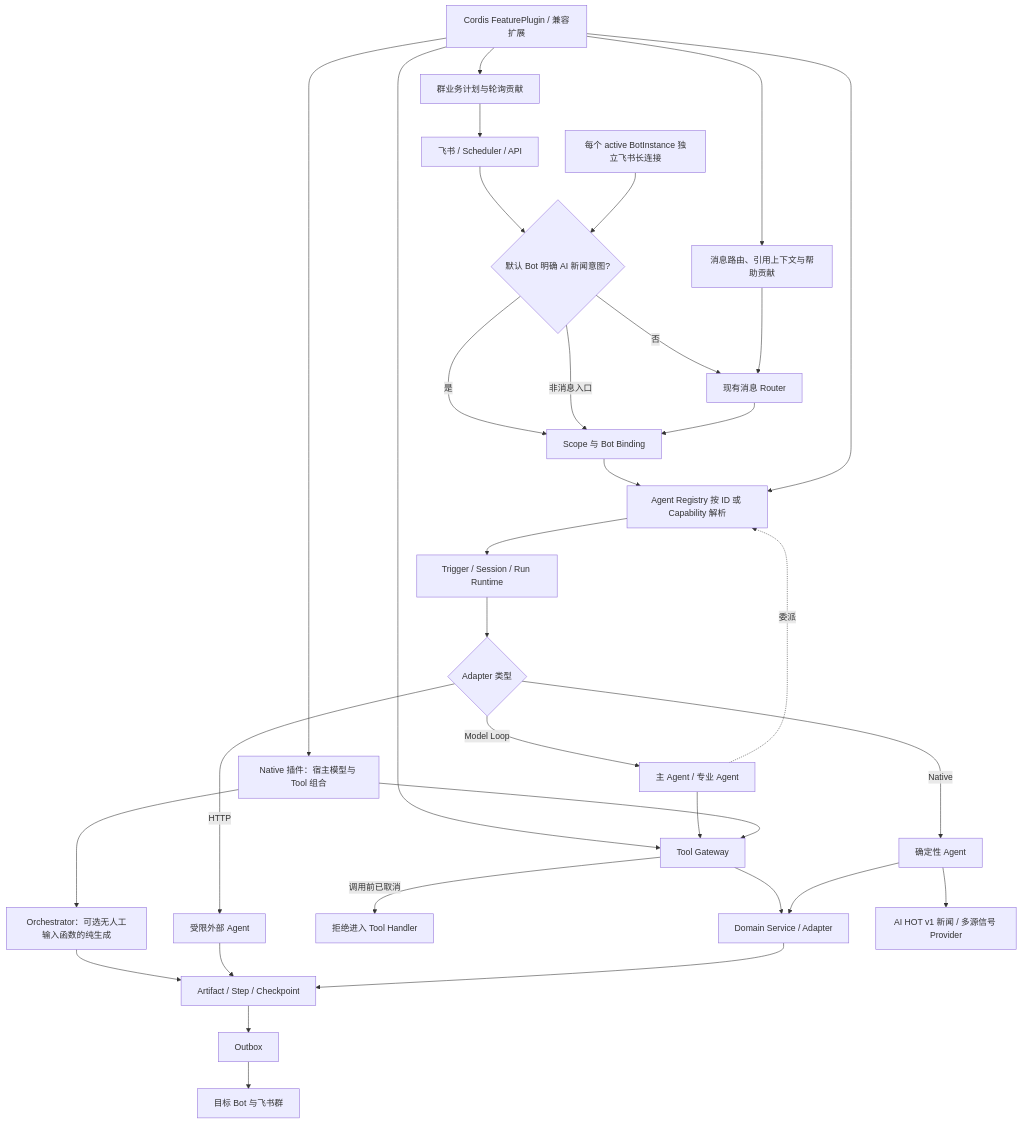
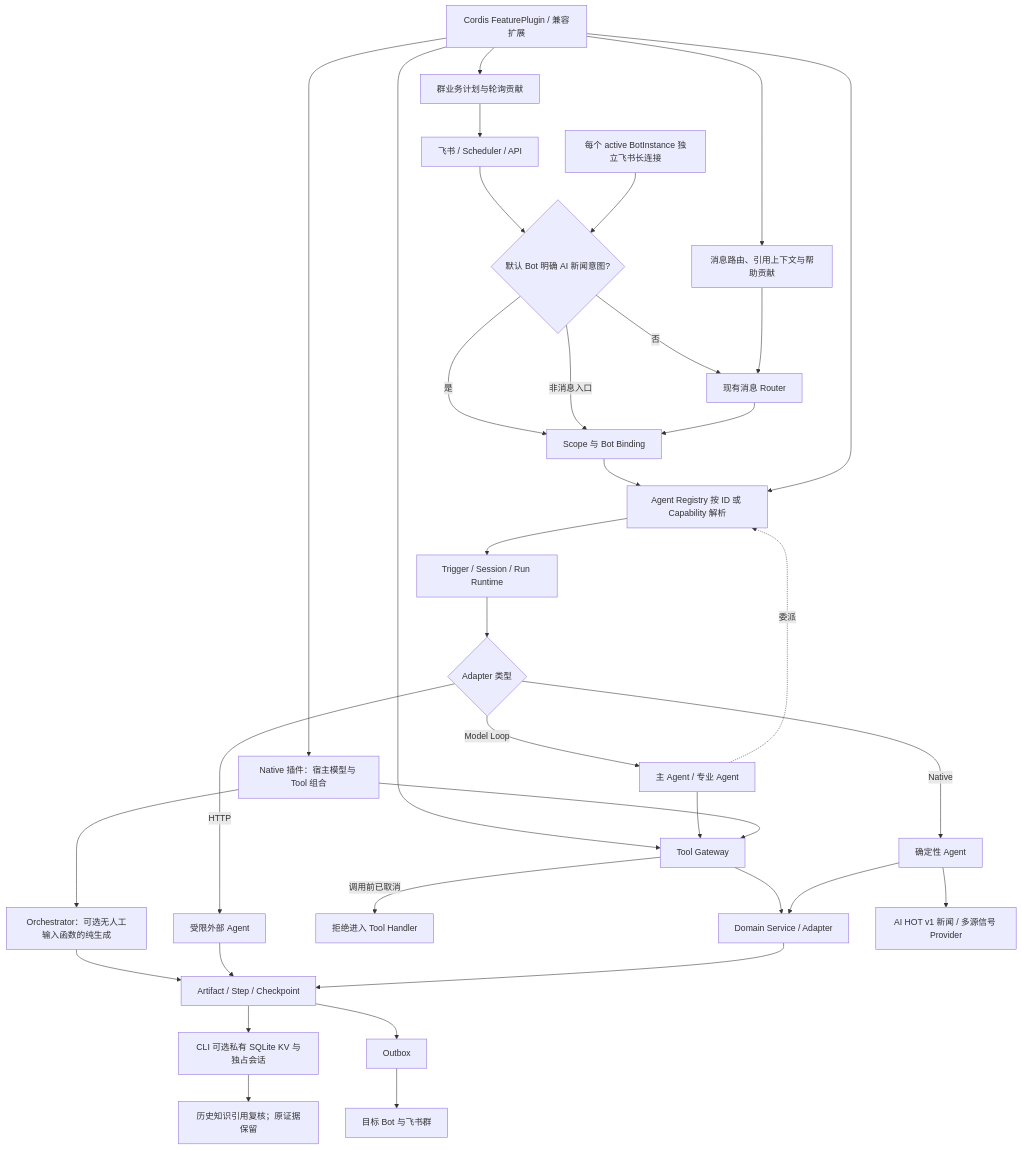
Before and after one commit to KlayPeter/AI-Delivery-Ops-Agent: the diagram in backend/src/platform/FEATURE.md, drawn with Mermaid. The commit also changed other lines of this file and 28 other files, not shown here.

````diff
--- a/backend/src/platform/FEATURE.md
+++ b/backend/src/platform/FEATURE.md
@@ -29,35 +29,37 @@
 ```mermaid
 flowchart TD
     A["飞书 / Scheduler / API"] --> R{"默认 Bot 明确 AI 新闻意图?"}
     R -- "是" --> B["Scope 与 Bot Binding"]
     R -- "否" --> Q["现有消息 Router"]
     R -- "非消息入口" --> B
     Q --> B
     B --> C["Agent Registry 按 ID 或 Capability 解析"]
     X["Cordis FeaturePlugin / 兼容扩展"] --> C
     X --> I["Tool / Skill / Adapter 注册"]
     X --> MR["消息路由、引用上下文与帮助贡献"]
     MR --> Q
     X --> SJ[群业务计划与轮询贡献]
     SJ --> A
     C --> D["Trigger / Session / Run Runtime"]
     D --> E{"Adapter 类型"}
     E -- Model Loop --> F["主 Agent / 专业 Agent"]
     E -- Native --> G["确定性 Agent"]
     E -- HTTP --> H["受限外部 Agent"]
     F --> I["Tool Gateway"]
     F -. 委派 .-> C
     I --> J["Domain Service / Adapter"]
     I -- "调用前已取消" --> XC["拒绝进入 Tool Handler"]
     X --> NP["Native 插件：宿主模型与 Tool 组合"]
     NP --> I
     NP --> OM["Orchestrator：可选无人工输入函数的纯生成"]
     OM --> K
     G --> J
     H --> K["Artifact / Step / Checkpoint"]
+    K --> LS[CLI 可选私有 SQLite KV 与独占会话]
+    LS --> IR[历史知识引用复核；原证据保留]
     J --> K
     K --> L["Outbox"]
     L --> M["目标 Bot 与飞书群"]
     N["每个 active BotInstance 独立飞书长连接"] --> R
     G --> O["AI HOT v1 新闻 / 多源信号 Provider"]
 ```
````
